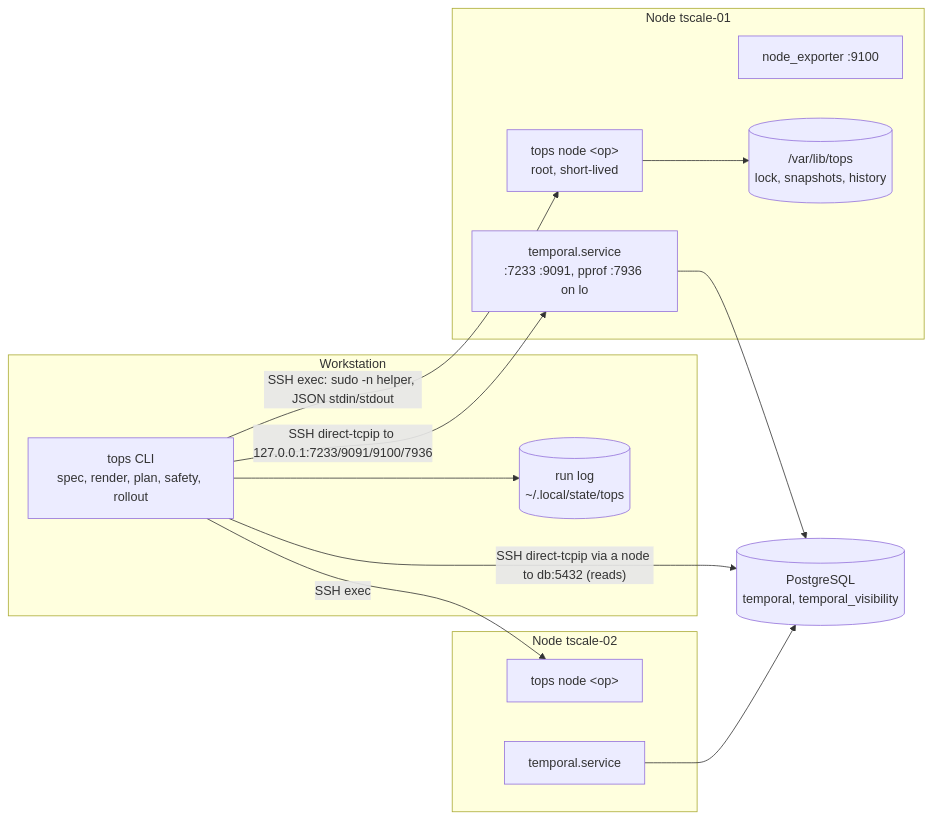
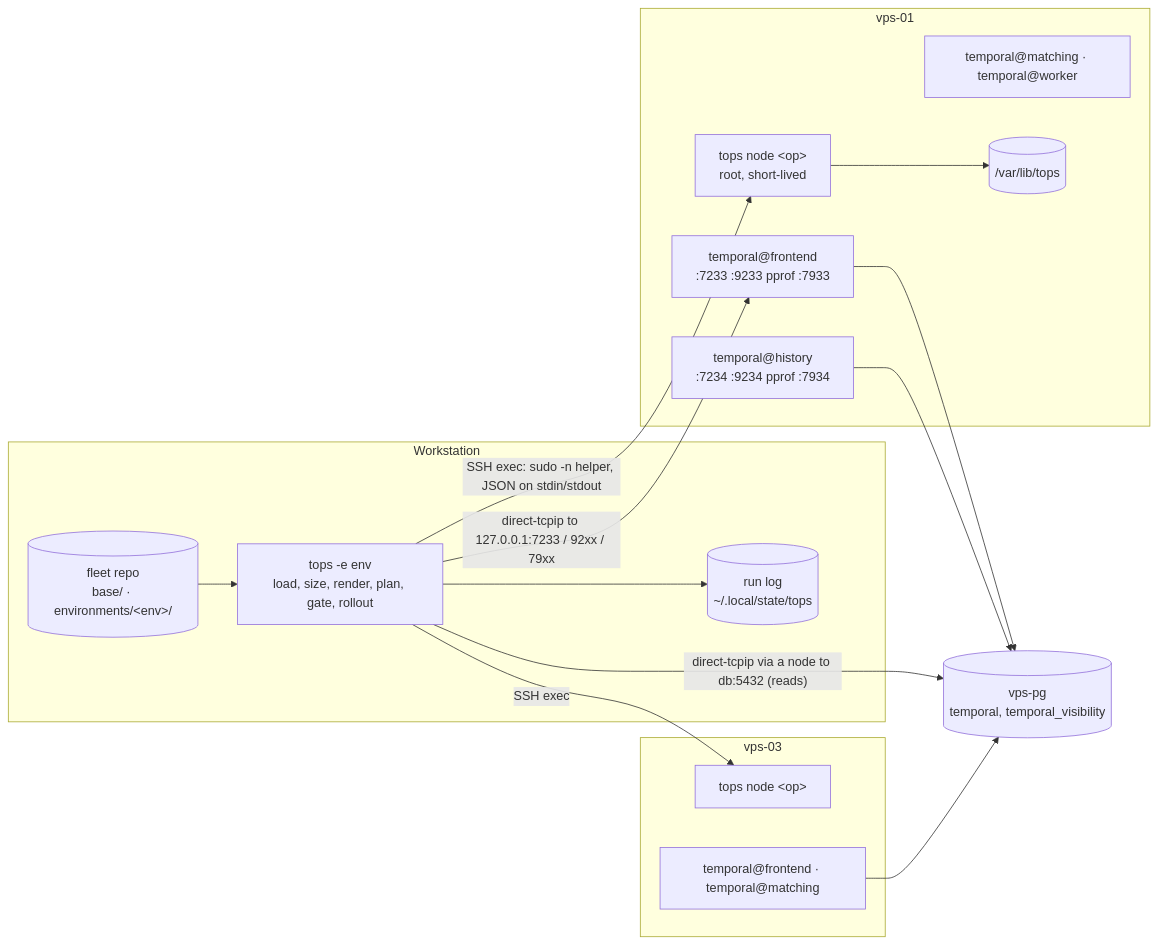
Before and after one commit to 2SSK/tops: the diagram in docs/trd.md, drawn with Mermaid. The commit also changed other lines of this file and 7 other files, not shown here.

Commit message:
docs: 📜 realign design around fleet repo, environments and roles

````diff
--- a/docs/trd.md
+++ b/docs/trd.md
@@ -26,26 +29,30 @@
 ```mermaid
 flowchart LR
     subgraph WS[Workstation]
-        CLI["tops CLI<br/>spec, render, plan, safety, rollout"]
+        FR[("fleet repo<br/>base/ · environments/&lt;env&gt;/")]
+        CLI["tops -e env<br/>load, size, render, plan, gate, rollout"]
         RL[("run log<br/>~/.local/state/tops")]
     end
-    subgraph N1[Node tscale-01]
+    subgraph N1[vps-01]
         H1["tops node &lt;op&gt;<br/>root, short-lived"]
-        T1["temporal.service<br/>:7233 :9091, pprof :7936 on lo"]
-        X1["node_exporter :9100"]
-        V1[("/var/lib/tops<br/>lock, snapshots, history")]
+        F1["temporal@frontend<br/>:7233 :9233 pprof :7933"]
+        Hi1["temporal@history<br/>:7234 :9234 pprof :7934"]
+        M1["temporal@matching · temporal@worker"]
+        V1[("/var/lib/tops")]
     end
-    subgraph N2[Node tscale-02]
-        H2["tops node &lt;op&gt;"]
-        T2[temporal.service]
+    subgraph N3[vps-03]
+        H3["tops node &lt;op&gt;"]
+        F3["temporal@frontend · temporal@matching"]
     end
-    DB[("PostgreSQL<br/>temporal, temporal_visibility")]
-    CLI -- "SSH exec: sudo -n helper, JSON stdin/stdout" --> H1
-    CLI -- "SSH exec" --> H2
-    CLI -- "SSH direct-tcpip to 127.0.0.1:7233/9091/9100/7936" --> T1
-    CLI -- "SSH direct-tcpip via a node to db:5432 (reads)" --> DB
+    DB[("vps-pg<br/>temporal, temporal_visibility")]
+    FR --> CLI
+    CLI -- "SSH exec: sudo -n helper, JSON on stdin/stdout" --> H1
+    CLI -- "SSH exec" --> H3
+    CLI -- "direct-tcpip to 127.0.0.1:7233 / 92xx / 79xx" --> F1
+    CLI -- "direct-tcpip via a node to db:5432 (reads)" --> DB
     H1 --> V1
-    T1 --> DB
-    T2 --> DB
+    F1 --> DB
+    Hi1 --> DB
+    F3 --> DB
     CLI --> RL
 ```
````
